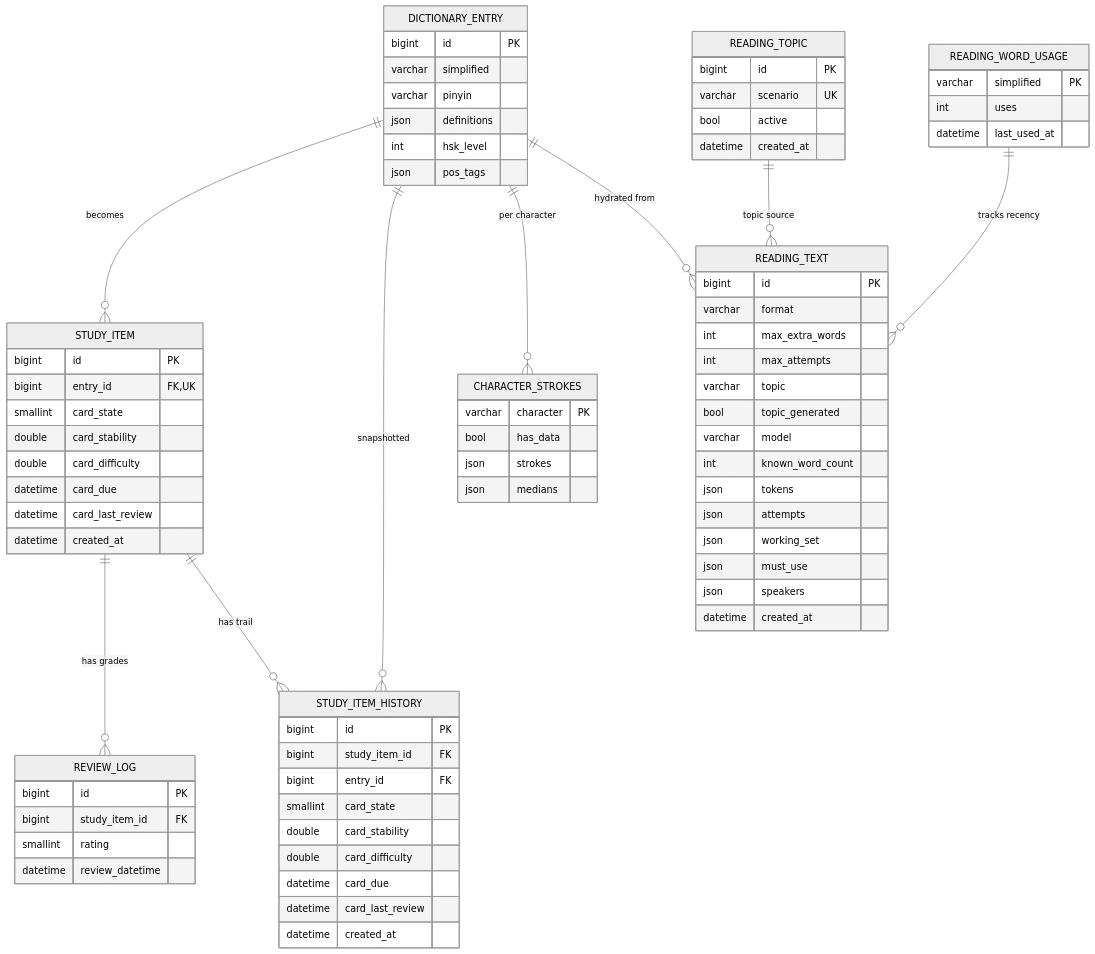
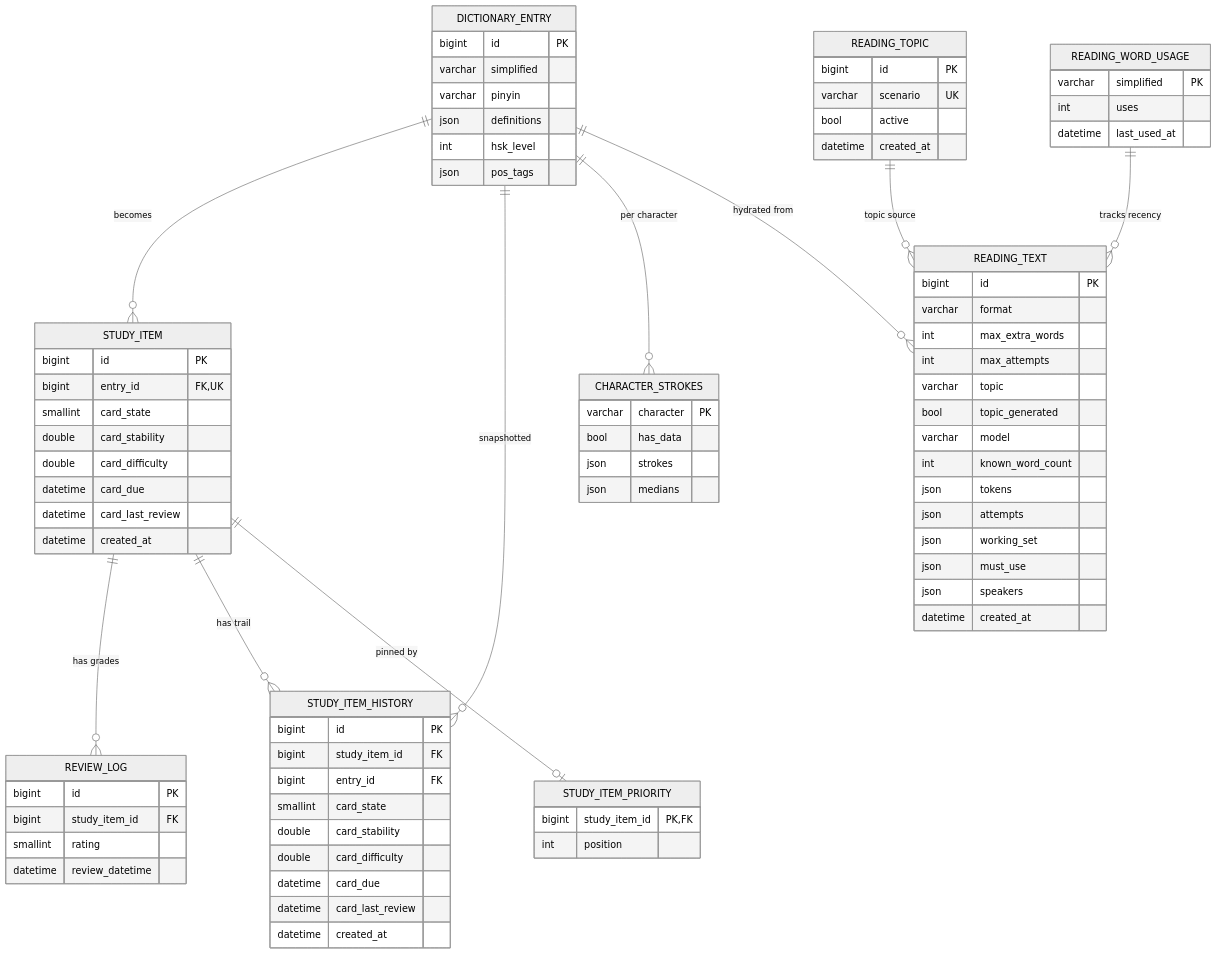
The first of 2 diagrams in docs/03-data-model.md (luiznaac/shougong), drawn with Mermaid (neutral theme) before and after one commit. The commit also changed other lines of this file and 27 other files, not shown here.

Commit message:
Add study-item priority and lesson/review sessions (#88)

```diff
--- a/docs/03-data-model.md
+++ b/docs/03-data-model.md
@@ -9,6 +9,7 @@
     DICTIONARY_ENTRY ||--o{ CHARACTER_STROKES : "per character"
     STUDY_ITEM ||--o{ REVIEW_LOG : "has grades"
     STUDY_ITEM ||--o{ STUDY_ITEM_HISTORY : "has trail"
+    STUDY_ITEM ||--o| STUDY_ITEM_PRIORITY : "pinned by"
     DICTIONARY_ENTRY ||--o{ READING_TEXT : "hydrated from"
     READING_TOPIC ||--o{ READING_TEXT : "topic source"
     READING_WORD_USAGE ||--o{ READING_TEXT : "tracks recency"
@@ -42,6 +43,10 @@
         bigint study_item_id FK
         smallint rating
         datetime review_datetime
+    }
+    STUDY_ITEM_PRIORITY {
+        bigint study_item_id PK,FK
+        int position
     }
     STUDY_ITEM_HISTORY {
         bigint id PK
```
